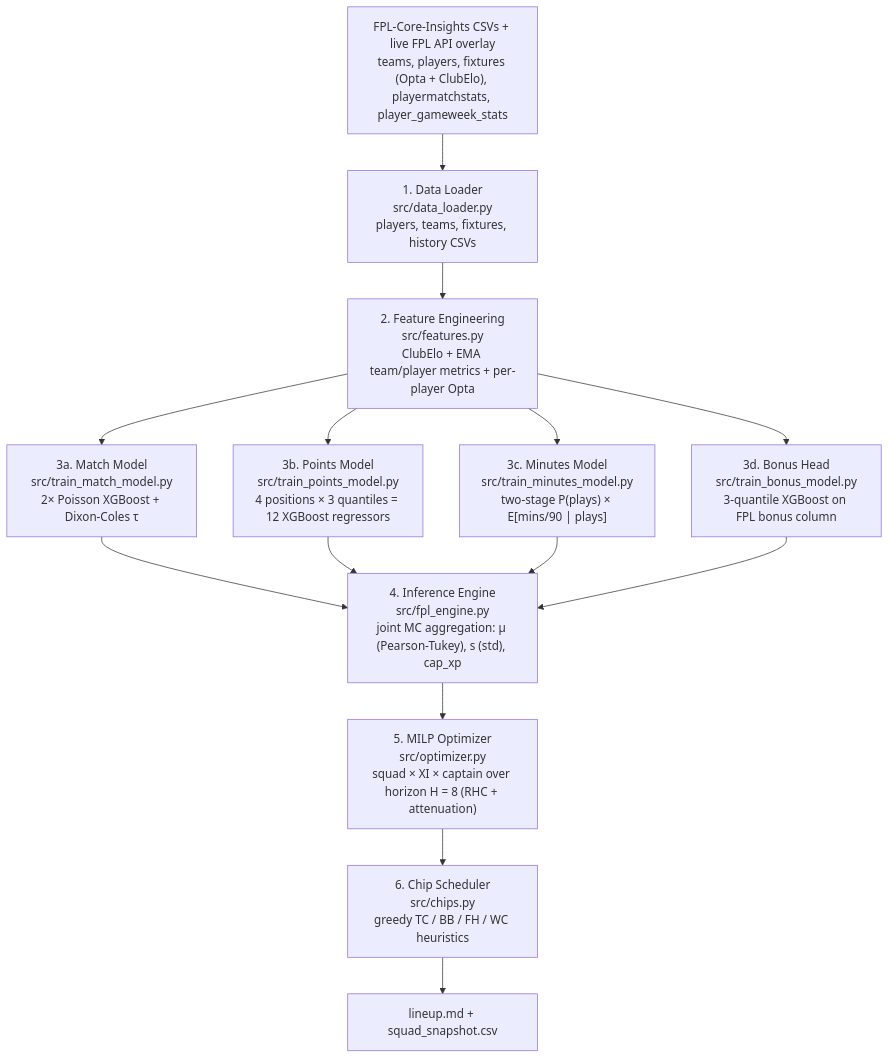
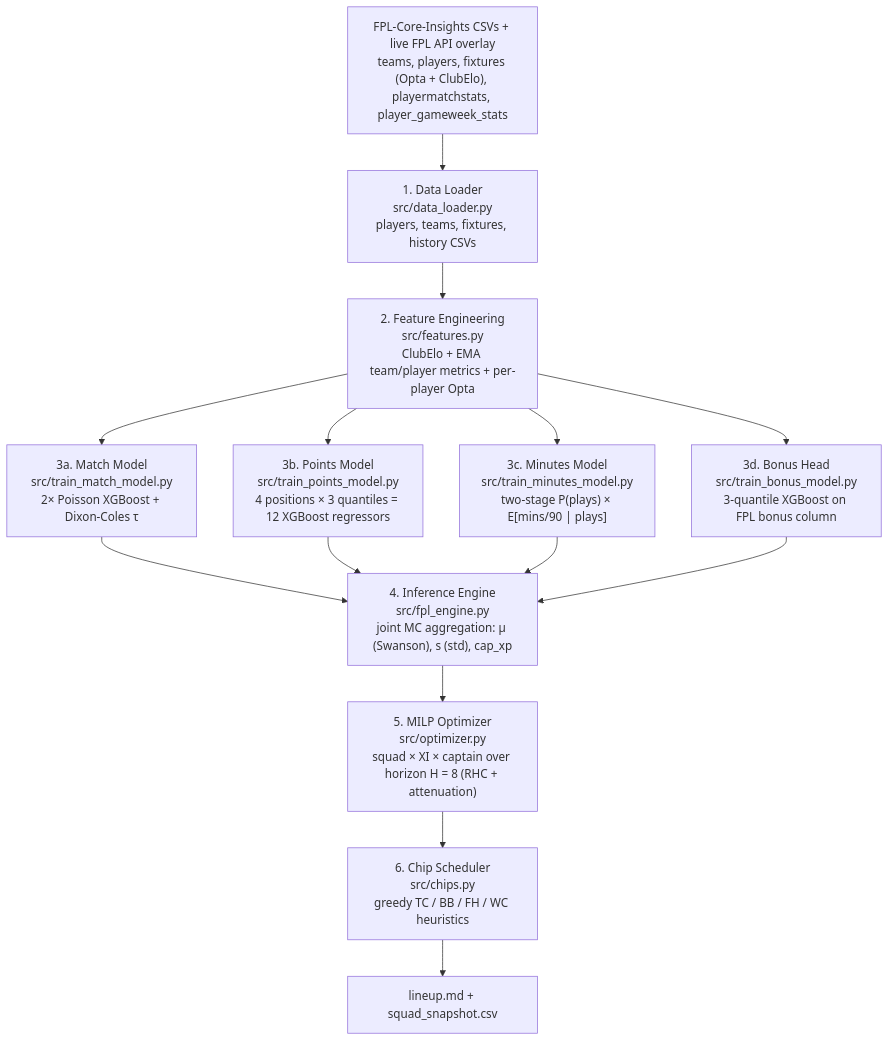
Before and after one commit to truong-tt/fpl-ml-manager: the diagram in docs/README.md, drawn with Mermaid. The commit also changed other lines of this file and 11 other files, not shown here.

````diff
--- a/docs/README.md
+++ b/docs/README.md
@@ -39,24 +39,24 @@
 ```mermaid
 flowchart TD
     A["FPL-Core-Insights CSVs + live FPL API overlay<br/>teams, players, fixtures (Opta + ClubElo), playermatchstats, player_gameweek_stats"]
     B["1. Data Loader<br/>src/data_loader.py<br/>players, teams, fixtures, history CSVs"]
     C["2. Feature Engineering<br/>src/features.py<br/>ClubElo + EMA team/player metrics + per-player Opta"]
     D["3a. Match Model<br/>src/train_match_model.py<br/>2× Poisson XGBoost + Dixon-Coles τ"]
     E["3b. Points Model<br/>src/train_points_model.py<br/>4 positions × 3 quantiles = 12 XGBoost regressors"]
     M["3c. Minutes Model<br/>src/train_minutes_model.py<br/>two-stage P(plays) × E[mins/90 | plays]"]
     N["3d. Bonus Head<br/>src/train_bonus_model.py<br/>3-quantile XGBoost on FPL bonus column"]
-    F["4. Inference Engine<br/>src/fpl_engine.py<br/>joint MC aggregation: μ (Pearson-Tukey), s (std), cap_xp"]
+    F["4. Inference Engine<br/>src/fpl_engine.py<br/>joint MC aggregation: μ (Swanson), s (std), cap_xp"]
     G["5. MILP Optimizer<br/>src/optimizer.py<br/>squad × XI × captain over horizon H = 8 (RHC + attenuation)"]
     H["6. Chip Scheduler<br/>src/chips.py<br/>greedy TC / BB / FH / WC heuristics"]
     I["lineup.md + squad_snapshot.csv"]
     A --> B --> C
     C --> D
     C --> E
     C --> M
     C --> N
     D --> F
     E --> F
     M --> F
     N --> F
     F --> G --> H --> I
 ```
````
